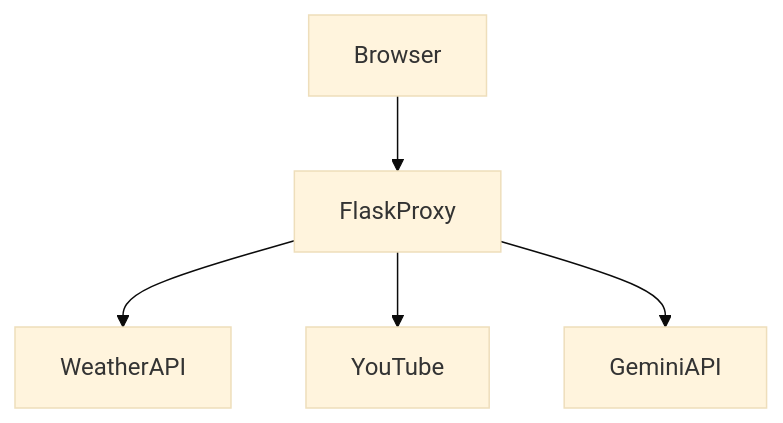
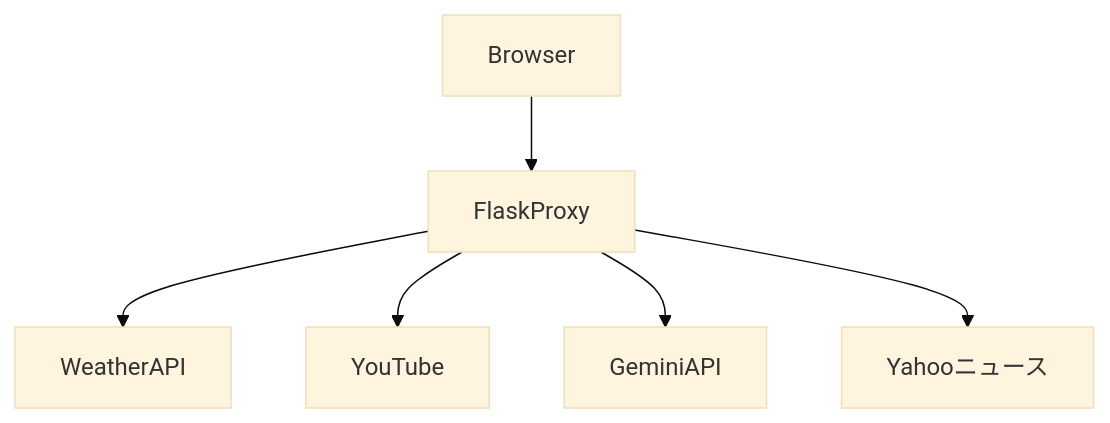
Before and after one commit to woials/flask-proxy: the diagram in README.md, drawn with Mermaid (base theme). The commit also changed other lines of this file, not shown here.

````diff
--- a/README.md
+++ b/README.md
@@ -38,7 +39,8 @@
 ```mermaid
 graph TD
 Browser --> FlaskProxy
 FlaskProxy --> WeatherAPI
 FlaskProxy --> YouTube
 FlaskProxy --> GeminiAPI
+FlaskProxy --> Yahooニュース
 ```
````
